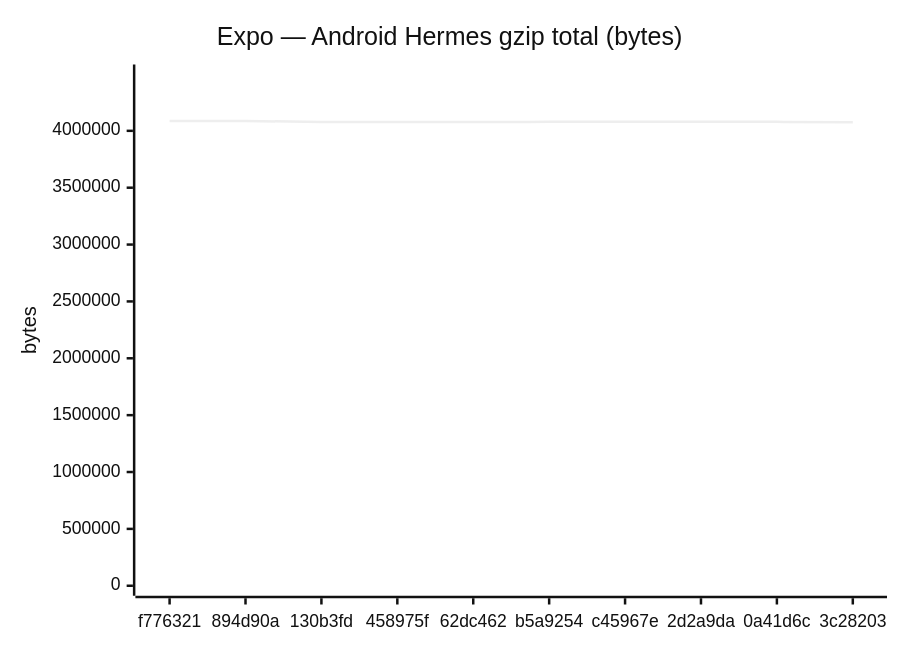
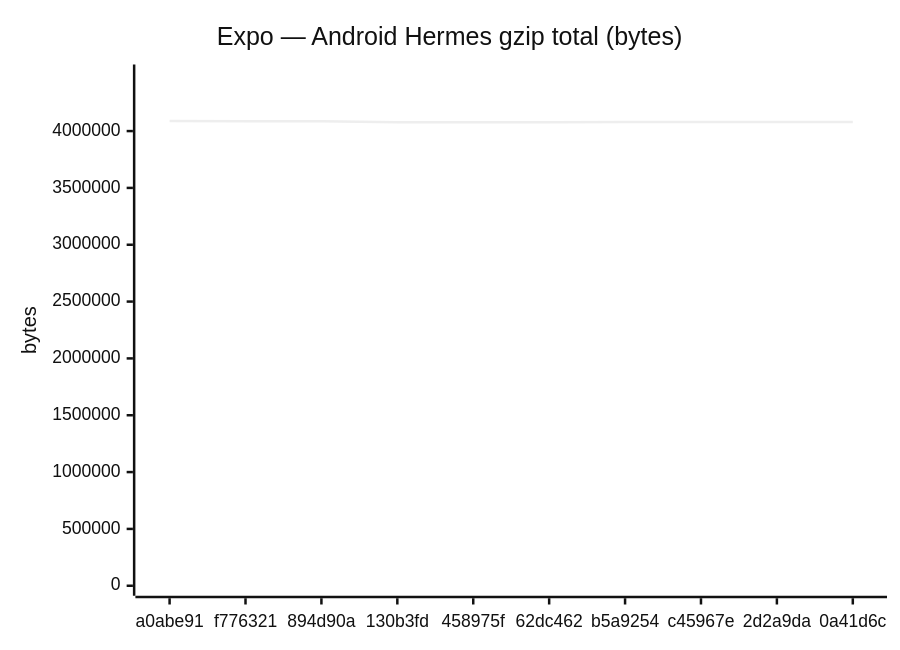
The fifth of 18 diagrams in benchmarks/compare.md (Metaheurist/Rianell), drawn with Mermaid (neutral theme) before and after one commit. The commit also changed other lines of this file and 11 other files, not shown here.

````diff
--- a/benchmarks/compare.md
+++ b/benchmarks/compare.md
@@ -89,7 +89,7 @@
 ```mermaid
 xychart-beta
     title "Expo — Android Hermes gzip total (bytes)"
-    x-axis ["f776321", "894d90a", "130b3fd", "458975f", "62dc462", "b5a9254", "c45967e", "2d2a9da", "0a41d6c", "3c28203"]
-    y-axis "bytes" 0 --> 4495308
-    line [4085830, 4086643, 4077332, 4077341, 4077340, 4078885, 4078896, 4078895, 4078897, 4076071]
+    x-axis ["a0abe91", "f776321", "894d90a", "130b3fd", "458975f", "62dc462", "b5a9254", "c45967e", "2d2a9da", "0a41d6c"]
+    y-axis "bytes" 0 --> 4497694
+    line [4088812, 4085830, 4086643, 4077332, 4077341, 4077340, 4078885, 4078896, 4078895, 4078897]
 ```
````
